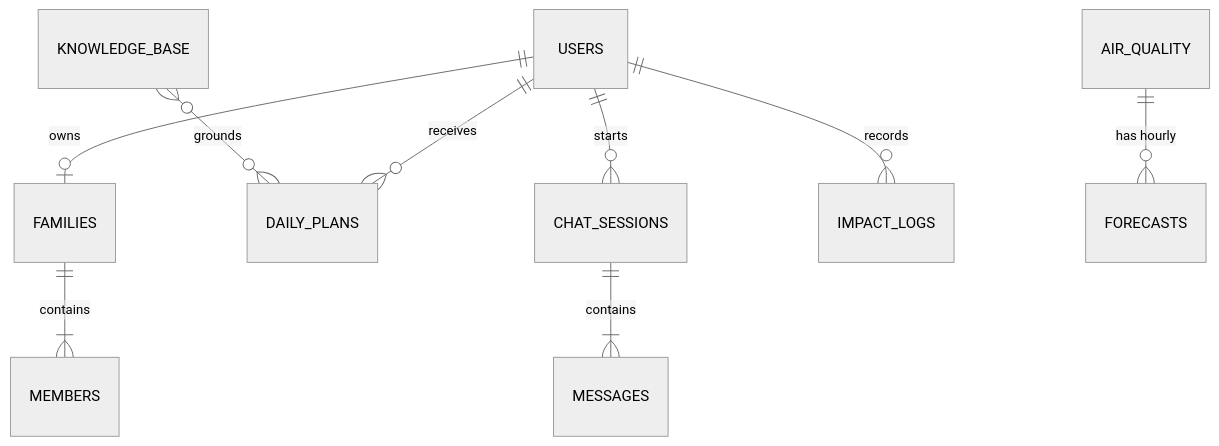
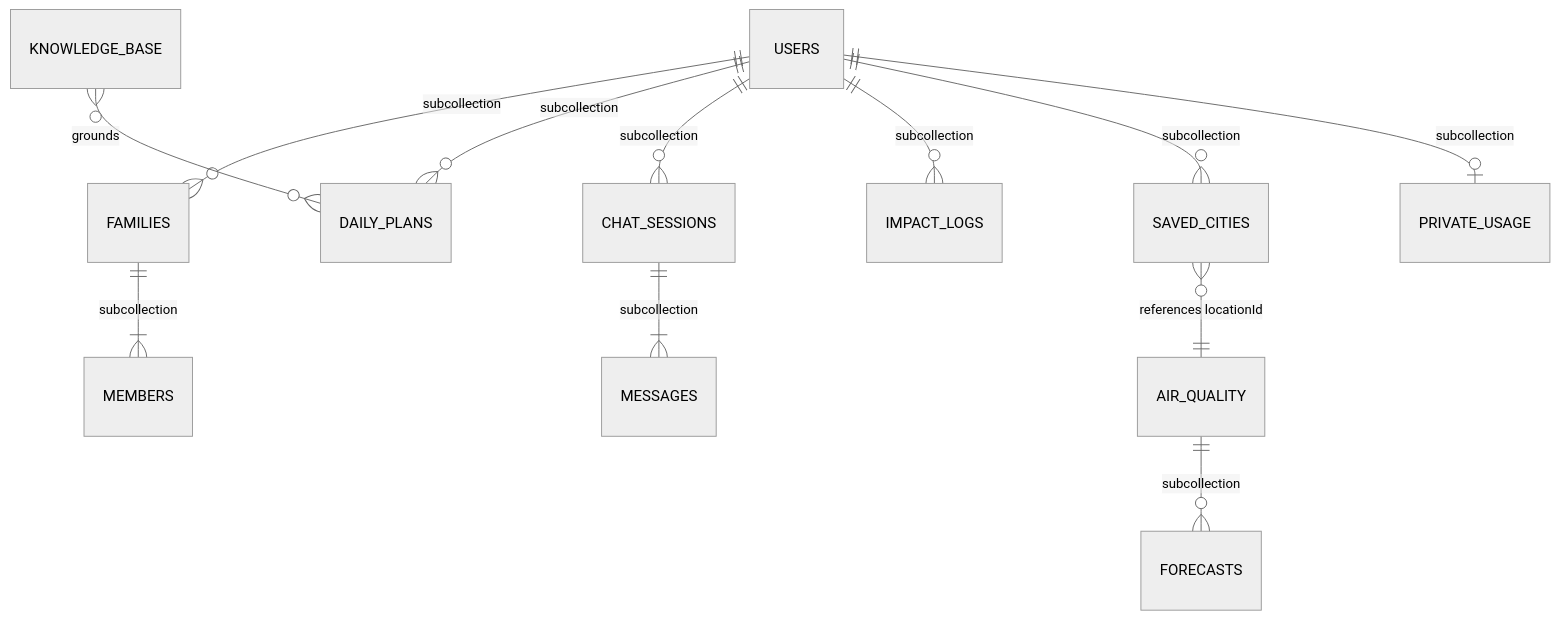
One commit to amide-init/BreathWiseAI changed the diagram in docs/DATA_MODEL.md. Above: the diagram before and after it, drawn with Mermaid (neutral theme). The commit also changed other lines of this file and 19 other files, not shown here.

Commit message:
feat: migrate user data to users/{uid} subcollections and add saved cities

````diff
--- a/docs/DATA_MODEL.md
+++ b/docs/DATA_MODEL.md
@@ -12,11 +16,14 @@
 ```mermaid
 erDiagram
-    USERS ||--o| FAMILIES : "owns"
-    FAMILIES ||--|{ MEMBERS : "contains"
-    USERS ||--o{ DAILY_PLANS : "receives"
-    USERS ||--o{ CHAT_SESSIONS : "starts"
-    CHAT_SESSIONS ||--|{ MESSAGES : "contains"
-    USERS ||--o{ IMPACT_LOGS : "records"
-    AIR_QUALITY ||--o{ FORECASTS : "has hourly"
+    USERS ||--o{ FAMILIES : "subcollection"
+    FAMILIES ||--|{ MEMBERS : "subcollection"
+    USERS ||--o{ DAILY_PLANS : "subcollection"
+    USERS ||--o{ CHAT_SESSIONS : "subcollection"
+    CHAT_SESSIONS ||--|{ MESSAGES : "subcollection"
+    USERS ||--o{ IMPACT_LOGS : "subcollection"
+    USERS ||--o{ SAVED_CITIES : "subcollection"
+    USERS ||--o| PRIVATE_USAGE : "subcollection"
+    SAVED_CITIES }o--|| AIR_QUALITY : "references locationId"
+    AIR_QUALITY ||--o{ FORECASTS : "subcollection"
     KNOWLEDGE_BASE }o--o{ DAILY_PLANS : "grounds"
 ```
````
